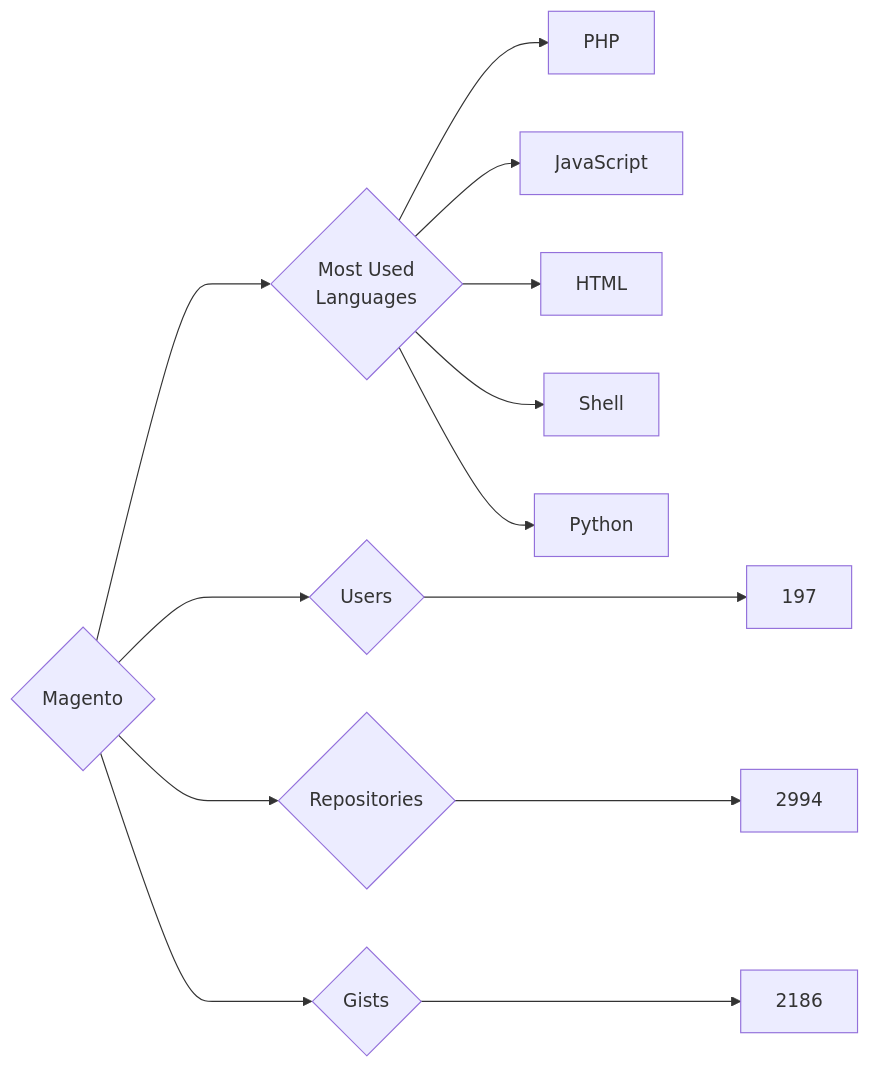
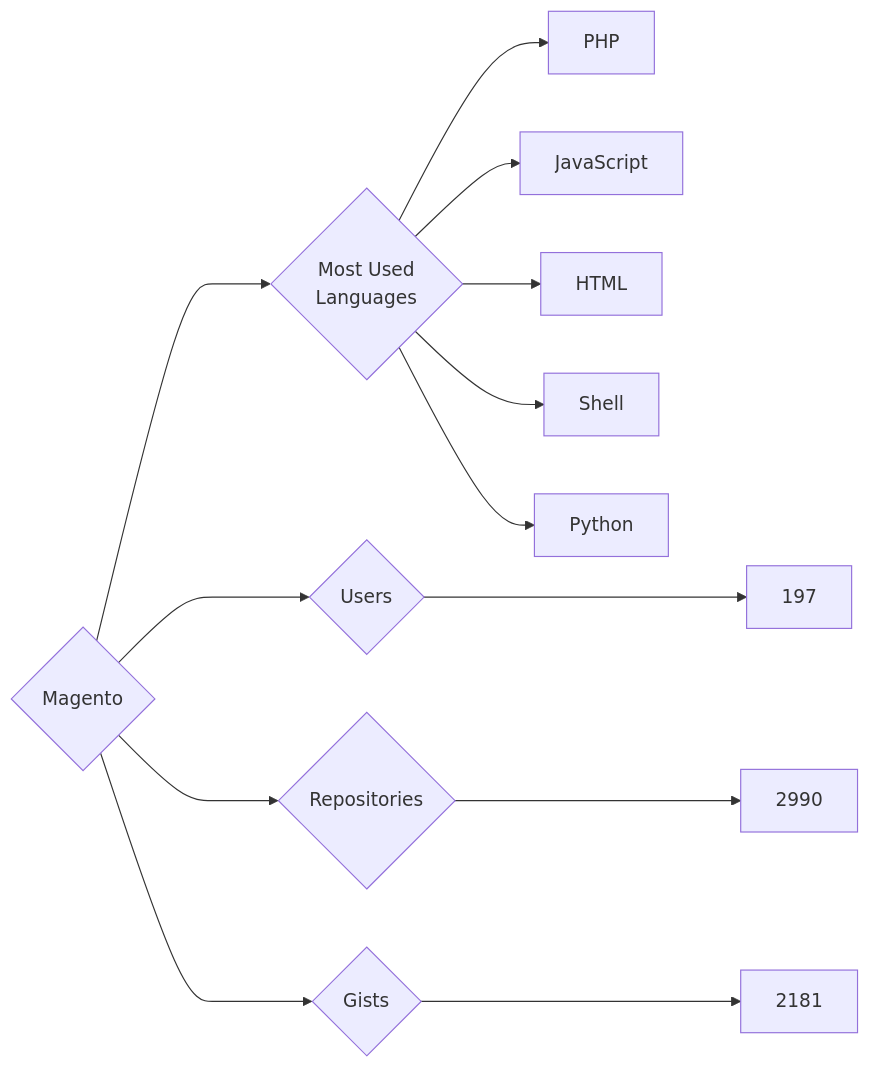
Before and after one commit to trickest/insiders: the diagram in targets/Magento/README.md, drawn with Mermaid. The commit also changed 1389 other files, not shown here.

````diff
--- a/targets/Magento/README.md
+++ b/targets/Magento/README.md
@@ -3,13 +3,13 @@
 ```mermaid
 graph LR
 COMPANY_NAME{Magento}
 COMPANY_NAME ---> U{Users} ---> UN[197]
-COMPANY_NAME ---> R{Repositories} ---> RN[2994]
-COMPANY_NAME ---> G{Gists} ---> GN[2186]
+COMPANY_NAME ---> R{Repositories} ---> RN[2990]
+COMPANY_NAME ---> G{Gists} ---> GN[2181]
 COMPANY_NAME ---> ML{Most Used<br>Languages}
 ML --> PHP[PHP]
 ML --> JavaScript[JavaScript]
 ML --> HTML[HTML]
 ML --> Shell[Shell]
 ML --> Python[Python]
 ```
````
